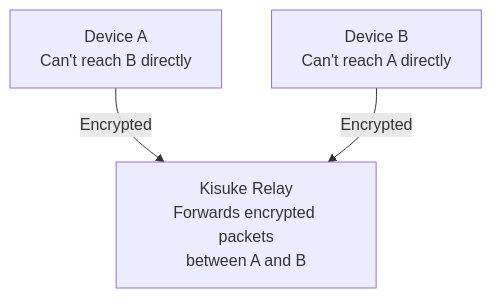
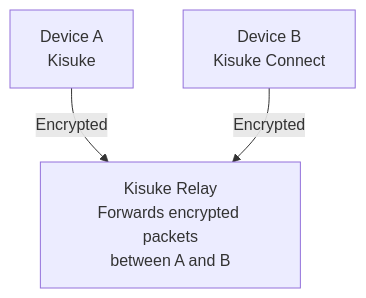
One commit to kisukeapp/mintlify-docs changed the diagram in concepts/relay-system.mdx. Above: the diagram before and after it, drawn with Mermaid. The commit also changed other lines of this file and 2 other files, not shown here.

Commit message:
fix: relay system accuracy - all traffic over relay, remove direct connection and self-hosted relay references

````diff
--- a/concepts/relay-system.mdx
+++ b/concepts/relay-system.mdx
@@ -21,5 +12,5 @@
 ```mermaid actions={false}
 graph TD
-  A["Device A<br/>Can't reach B directly"] -->|Encrypted| Relay["Kisuke Relay<br/>Forwards encrypted packets<br/>between A and B"]
-  B["Device B<br/>Can't reach A directly"] -->|Encrypted| Relay
+  A["Device A<br/>Kisuke"] -->|Encrypted| Relay["Kisuke Relay<br/>Forwards encrypted packets<br/>between A and B"]
+  B["Device B<br/>Kisuke Connect"] -->|Encrypted| Relay
 ```
````
